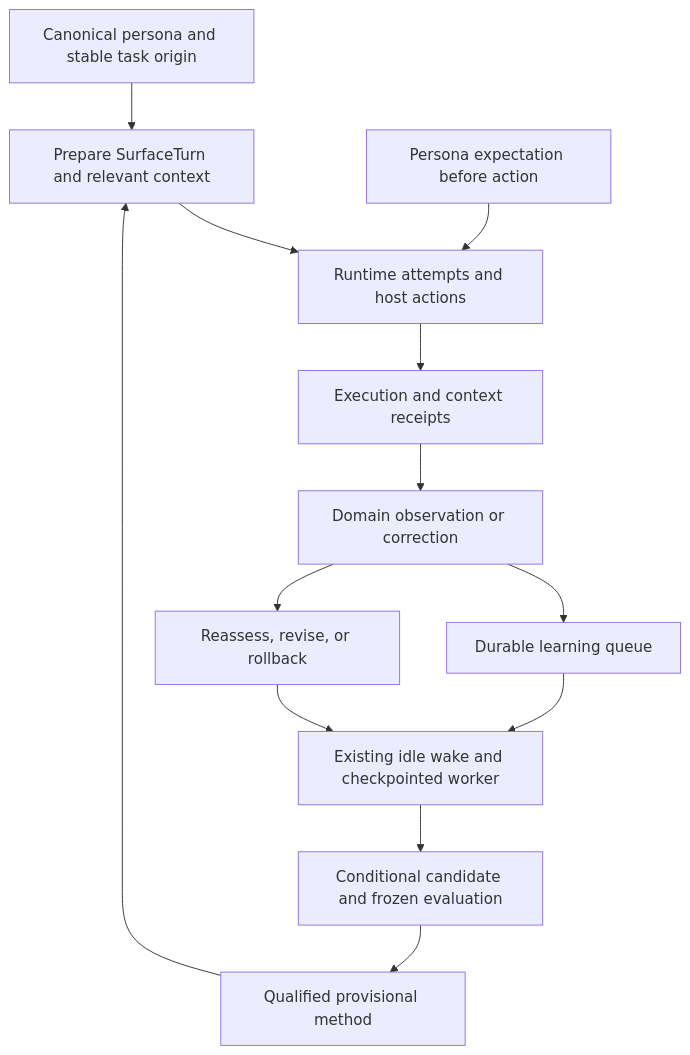
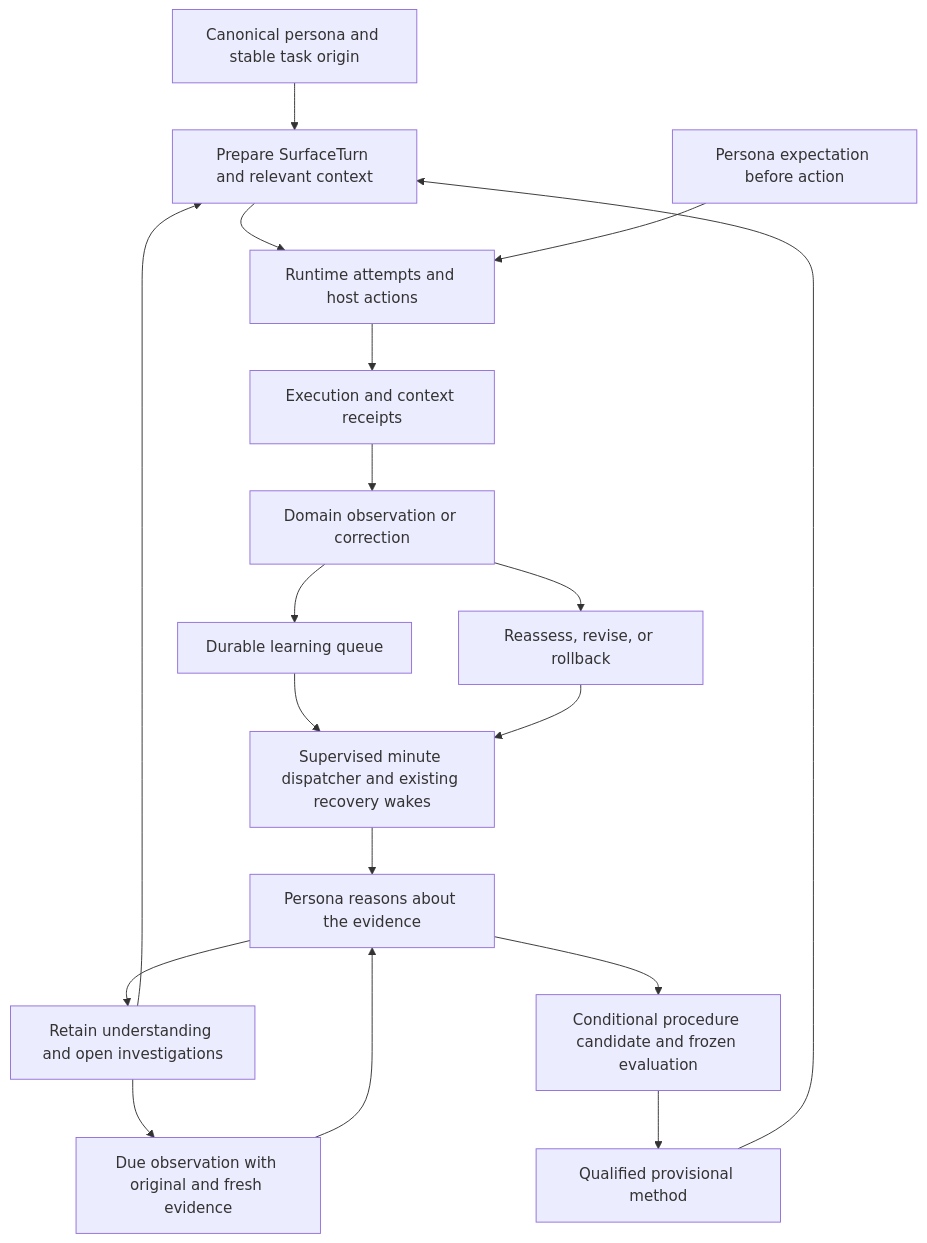
The diagram in docs/manual/features/persona-harness-learning-developer.md (SmokeAlot420/thehomie-framework), drawn with Mermaid before and after one commit. The commit also changed other lines of this file and 93 other files, not shown here.

````diff
--- a/docs/manual/features/persona-harness-learning-developer.md
+++ b/docs/manual/features/persona-harness-learning-developer.md
@@ -13,15 +14,20 @@
 ```mermaid
 flowchart TD
     A[Canonical persona and stable task origin] --> B[Prepare SurfaceTurn and relevant context]
     B --> C[Runtime attempts and host actions]
     P[Persona expectation before action] --> C
     C --> D[Execution and context receipts]
     D --> E[Domain observation or correction]
     E --> Q[Durable learning queue]
-    Q --> F[Existing idle wake and checkpointed worker]
-    F --> G[Conditional candidate and frozen evaluation]
+    Q --> F[Supervised minute dispatcher and existing recovery wakes]
+    F --> I[Persona reasons about the evidence]
+    I --> U[Retain understanding and open investigations]
+    U --> B
+    U --> V[Due observation with original and fresh evidence]
+    V --> I
+    I --> G[Conditional procedure candidate and frozen evaluation]
     G --> H[Qualified provisional method]
     H --> B
     E --> R[Reassess, revise, or rollback]
     R --> F
 ```
````
